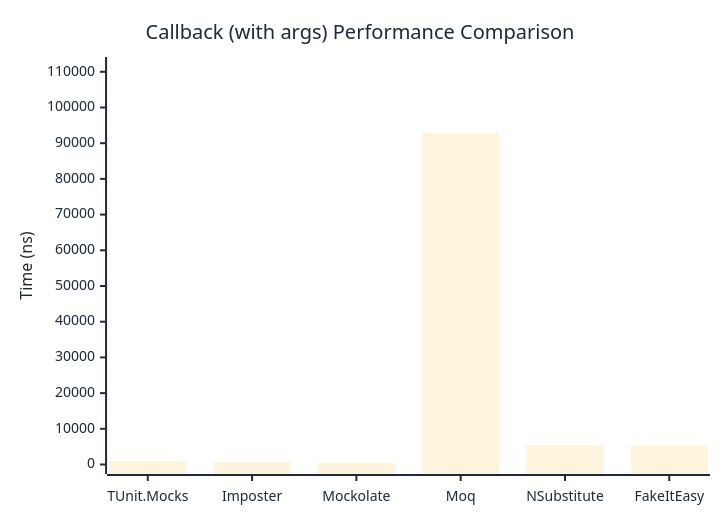
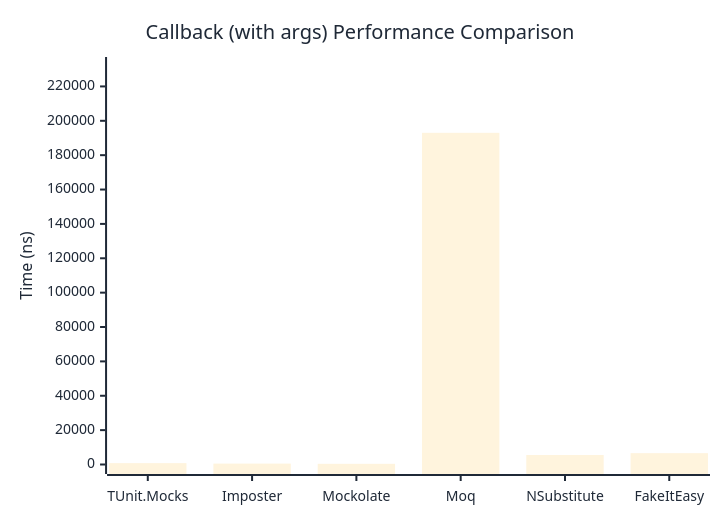
The second of 2 diagrams in docs/docs/benchmarks/mocks/Callback.md (thomhurst/TUnit), drawn with Mermaid before and after one commit. The commit also changed other lines of this file and 14 other files, not shown here.

````diff
--- a/docs/docs/benchmarks/mocks/Callback.md
+++ b/docs/docs/benchmarks/mocks/Callback.md
@@ -71,27 +71,27 @@
 ```mermaid
 %%{init: {
   'theme':'base',
   'themeVariables': {
     'primaryColor': '#2563eb',
     'primaryTextColor': '#1f2937',
     'primaryBorderColor': '#1e40af',
     'lineColor': '#6b7280',
     'secondaryColor': '#7c3aed',
     'tertiaryColor': '#dc2626',
     'background': '#ffffff',
     'pie1': '#2563eb',
     'pie2': '#7c3aed',
     'pie3': '#dc2626',
     'pie4': '#f59e0b',
     'pie5': '#10b981',
     'pie6': '#06b6d4',
     'pie7': '#ec4899',
     'pie8': '#6366f1'
   }
 }}%%
 xychart-beta
   title "Callback (with args) Performance Comparison"
   x-axis ["TUnit.Mocks", "Imposter", "Mockolate", "Moq", "NSubstitute", "FakeItEasy"]
-  y-axis "Time (ns)" 0 --> 111483
-  bar [967.4, 667.3, 503.5, 92902.1, 5398.6, 5340.2]
+  y-axis "Time (ns)" 0 --> 231595
+  bar [793.6, 528, 390.2, 192995.6, 5539.7, 6605.4]
 ```
````
